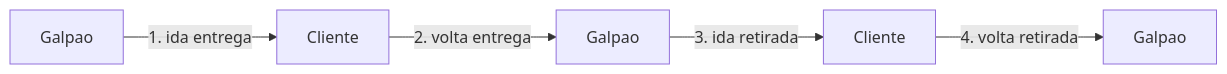
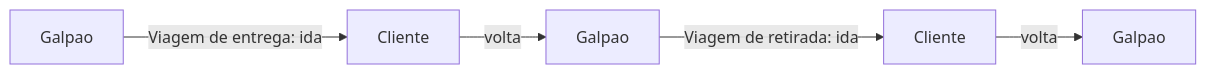
One commit to LocFlowTeam/locflow-docs changed the first of 2 diagrams in configuracoes/motor-de-frete.md. Above: the diagram before and after it, drawn with Mermaid. The commit also changed other lines of this file and 25 other files, not shown here.

````diff
--- a/configuracoes/motor-de-frete.md
+++ b/configuracoes/motor-de-frete.md
@@ -46,7 +44,7 @@
 ```mermaid
 flowchart LR
-    G1[Galpao] -->|1. ida entrega| C1[Cliente]
-    C1 -->|2. volta entrega| G2[Galpao]
-    G2 -->|3. ida retirada| C2[Cliente]
-    C2 -->|4. volta retirada| G3[Galpao]
+    G1[Galpao] -->|Viagem de entrega: ida| C1[Cliente]
+    C1 -->|volta| G2[Galpao]
+    G2 -->|Viagem de retirada: ida| C2[Cliente]
+    C2 -->|volta| G3[Galpao]
 ```
````
